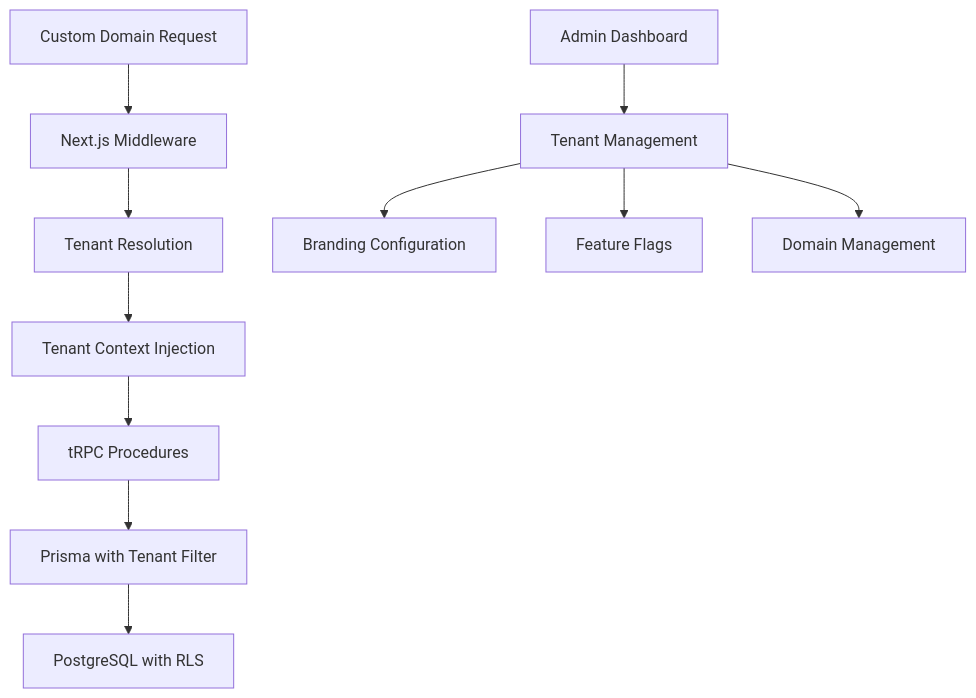
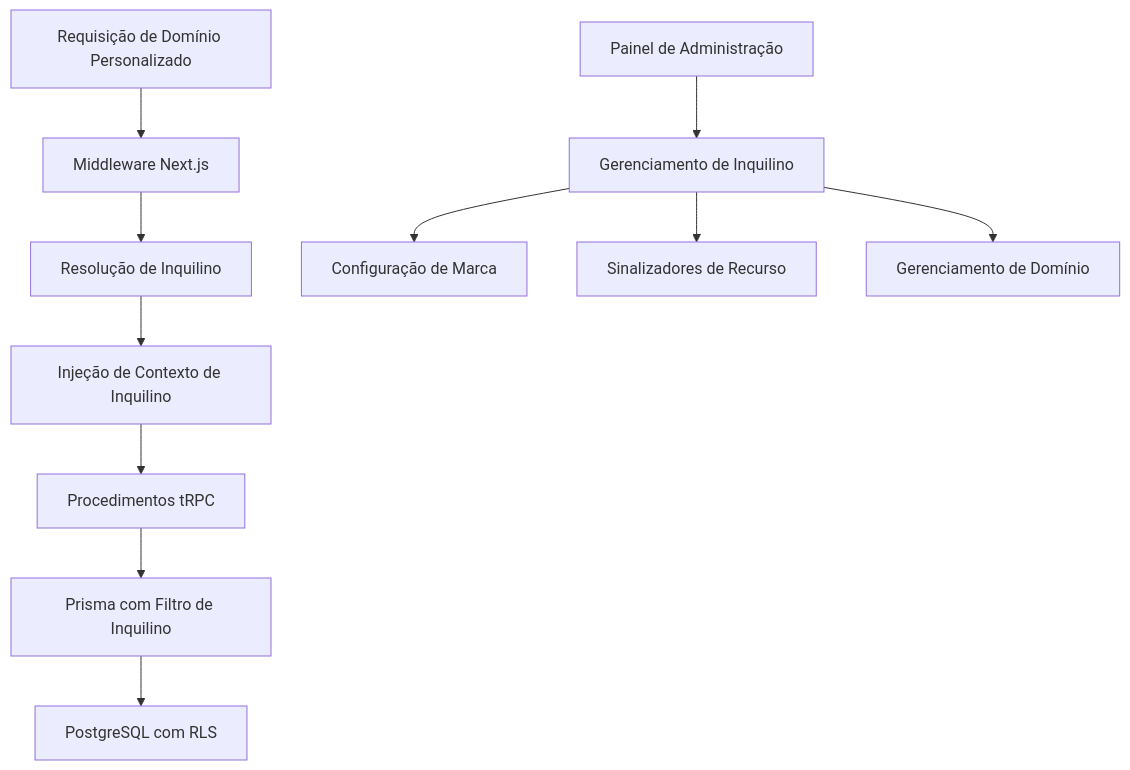
The diagram in specs/whitelabel-system/design.md (gumiranda/crazynator), drawn with Mermaid before and after one commit. The commit also changed other lines of this file and 9 other files, not shown here.

````diff
--- a/specs/whitelabel-system/design.md
+++ b/specs/whitelabel-system/design.md
@@ -19,14 +19,14 @@
 ```mermaid
 graph TB
-    A[Custom Domain Request] --> B[Next.js Middleware]
-    B --> C[Tenant Resolution]
-    C --> D[Tenant Context Injection]
-    D --> E[tRPC Procedures]
-    E --> F[Prisma with Tenant Filter]
-    F --> G[PostgreSQL with RLS]
+    A[Requisição de Domínio Personalizado] --> B[Middleware Next.js]
+    B --> C[Resolução de Inquilino]
+    C --> D[Injeção de Contexto de Inquilino]
+    D --> E[Procedimentos tRPC]
+    E --> F[Prisma com Filtro de Inquilino]
+    F --> G[PostgreSQL com RLS]
 
-    H[Admin Dashboard] --> I[Tenant Management]
-    I --> J[Branding Configuration]
-    I --> K[Feature Flags]
-    I --> L[Domain Management]
+    H[Painel de Administração] --> I[Gerenciamento de Inquilino]
+    I --> J[Configuração de Marca]
+    I --> K[Sinalizadores de Recurso]
+    I --> L[Gerenciamento de Domínio]
 ```
````
